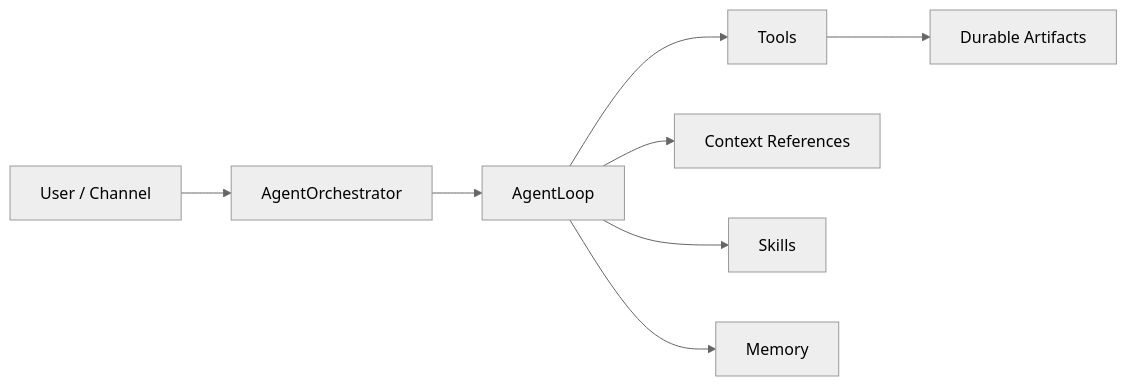
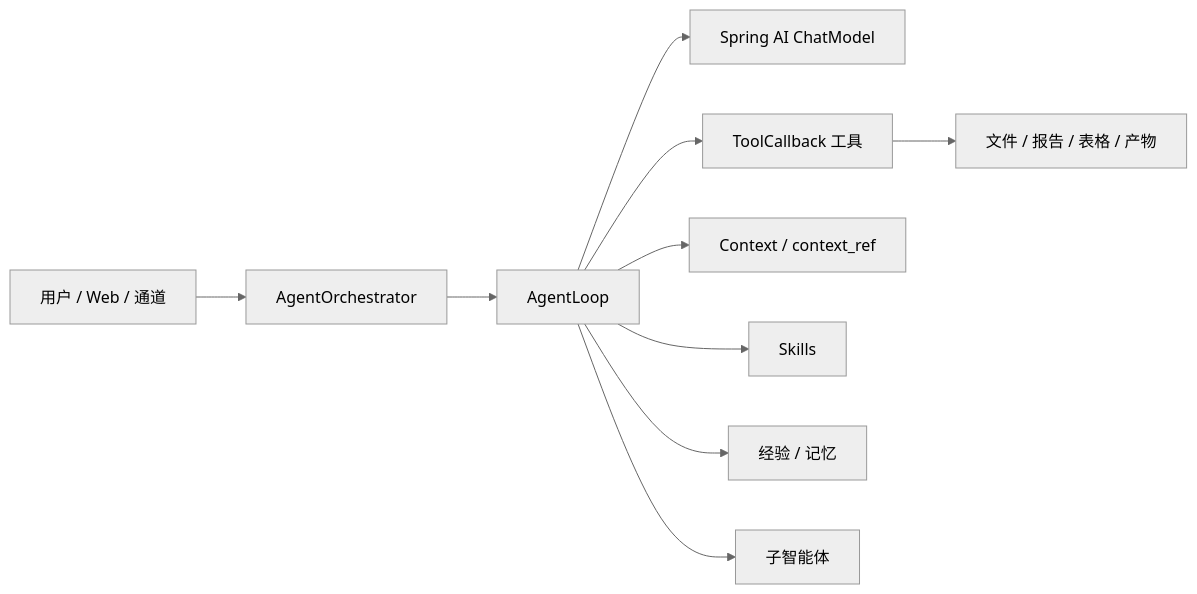
One commit to liushenling2001/JobClaw changed the diagram in README.md. Above: the diagram before and after it, drawn with Mermaid (neutral theme). The commit also changed other lines of this file, not shown here.

````diff
--- a/README.md
+++ b/README.md
@@ -7,10 +32,12 @@
 ```mermaid
 flowchart LR
-    User["User / Channel"] --> Orchestrator["AgentOrchestrator"]
+    User["用户 / Web / 通道"] --> Orchestrator["AgentOrchestrator"]
     Orchestrator --> Loop["AgentLoop"]
-    Loop --> Tools["Tools"]
-    Loop --> ContextRefs["Context References"]
+    Loop --> Model["Spring AI ChatModel"]
+    Loop --> Tools["ToolCallback 工具"]
+    Loop --> Context["Context / context_ref"]
     Loop --> Skills["Skills"]
-    Loop --> Memory["Memory"]
-    Tools --> Artifacts["Durable Artifacts"]
+    Loop --> Memory["经验 / 记忆"]
+    Loop --> Agents["子智能体"]
+    Tools --> Artifacts["文件 / 报告 / 表格 / 产物"]
 ```
````
